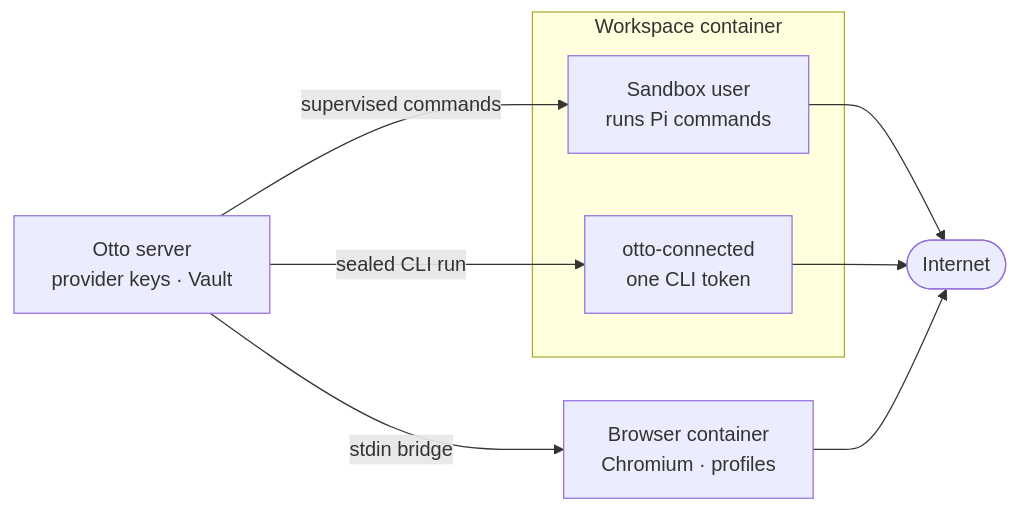
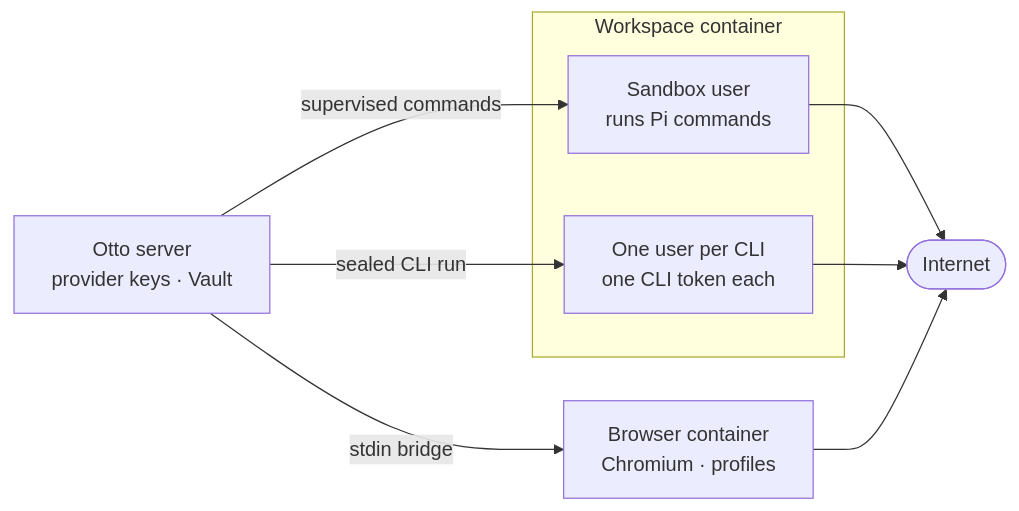
The first of 2 diagrams in docs/src/content/docs/how-it-works/sandbox-and-browser.md (n8n-io/nod), drawn with Mermaid before and after one commit. The commit also changed other lines of this file and 20 other files, not shown here.

First line of the commit message:
fix(sandbox): run each connected CLI as its own Linux user

````diff
--- a/docs/src/content/docs/how-it-works/sandbox-and-browser.md
+++ b/docs/src/content/docs/how-it-works/sandbox-and-browser.md
@@ -14,16 +14,16 @@
 ```mermaid
 flowchart LR
   server[Otto server<br/>provider keys · Vault]:::accent
   subgraph workspace[Workspace container]
     sandbox[Sandbox user<br/>runs Pi commands]
-    cli[otto-connected<br/>one CLI token]
+    cli[One user per CLI<br/>one CLI token each]
   end
   browser[Browser container<br/>Chromium · profiles]:::muted
   net([Internet])
   server -- supervised commands --> sandbox
   server -- sealed CLI run --> cli
   server -- stdin bridge --> browser
   sandbox --> net
   cli --> net
   browser --> net
 ```
````
